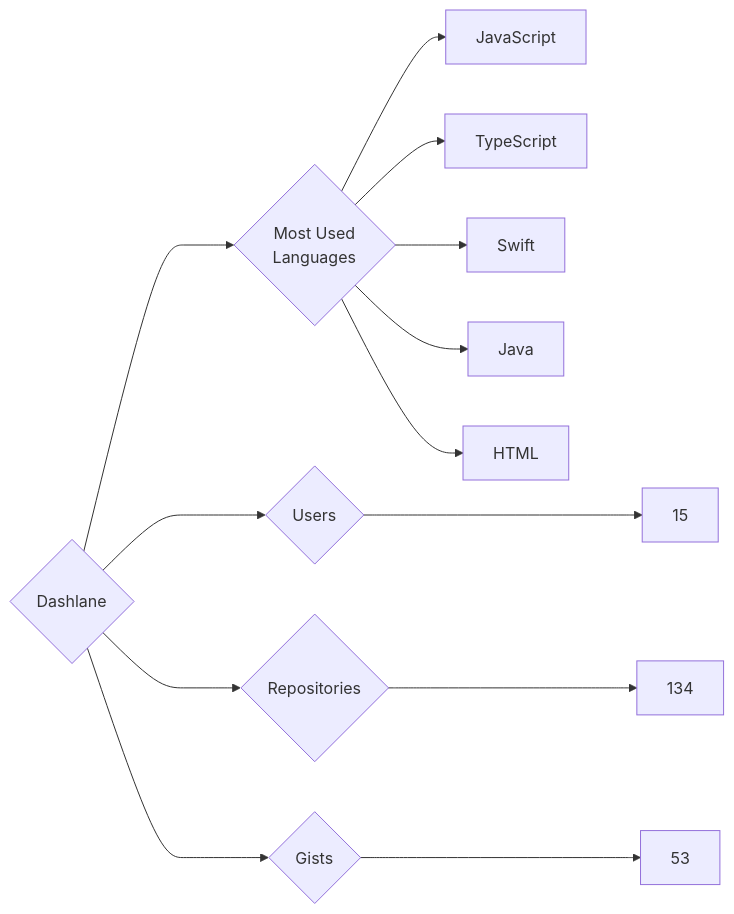
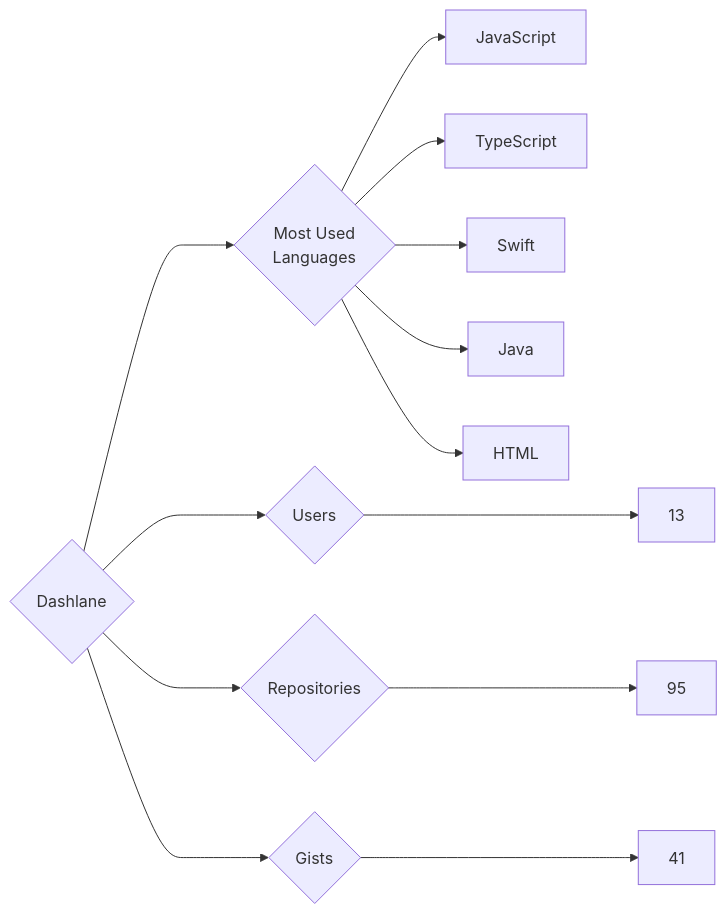
Before and after one commit to trickest/insiders: the diagram in targets/Dashlane/README.md, drawn with Mermaid. The commit also changed 693 other files, not shown here.

````diff
--- a/targets/Dashlane/README.md
+++ b/targets/Dashlane/README.md
@@ -3,13 +3,13 @@
 ```mermaid
 graph LR
 COMPANY_NAME{Dashlane}
-COMPANY_NAME ---> U{Users} ---> UN[15]
-COMPANY_NAME ---> R{Repositories} ---> RN[134]
-COMPANY_NAME ---> G{Gists} ---> GN[53]
+COMPANY_NAME ---> U{Users} ---> UN[13]
+COMPANY_NAME ---> R{Repositories} ---> RN[95]
+COMPANY_NAME ---> G{Gists} ---> GN[41]
 COMPANY_NAME ---> ML{Most Used<br>Languages}
 ML --> JavaScript[JavaScript]
 ML --> TypeScript[TypeScript]
 ML --> Swift[Swift]
 ML --> Java[Java]
 ML --> HTML[HTML]
 ```
````
